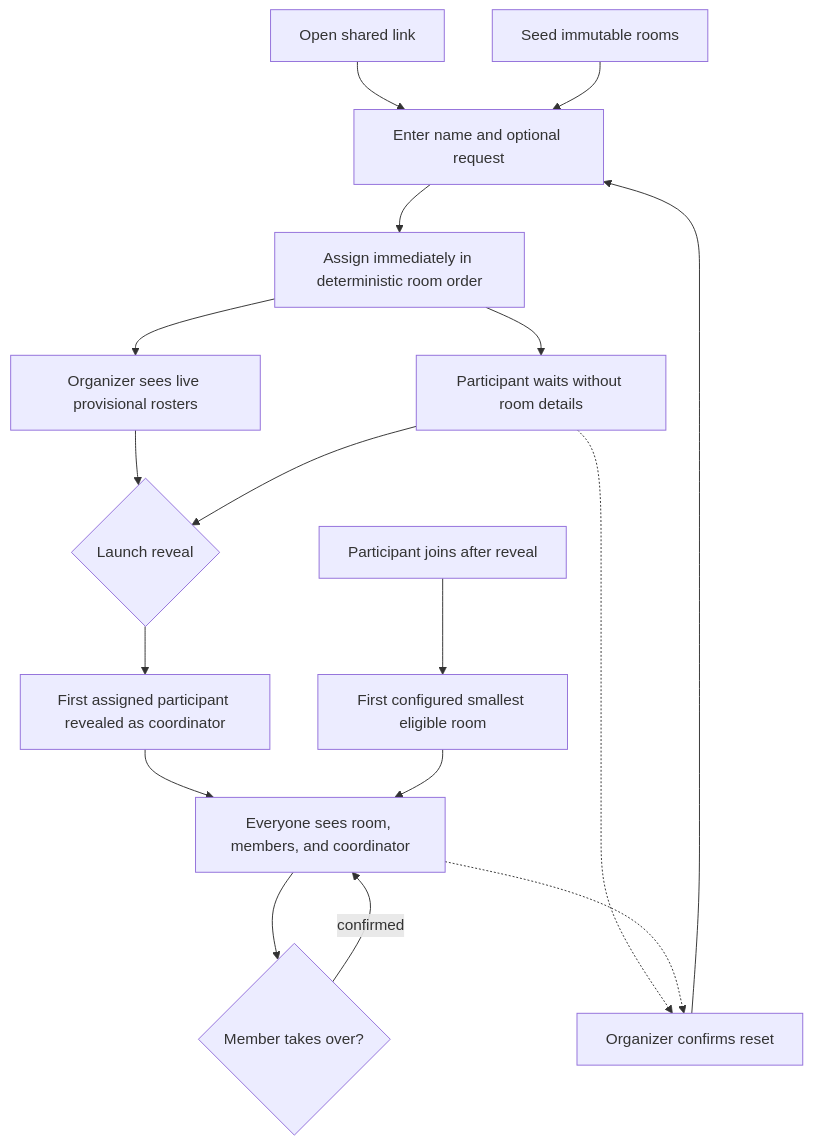
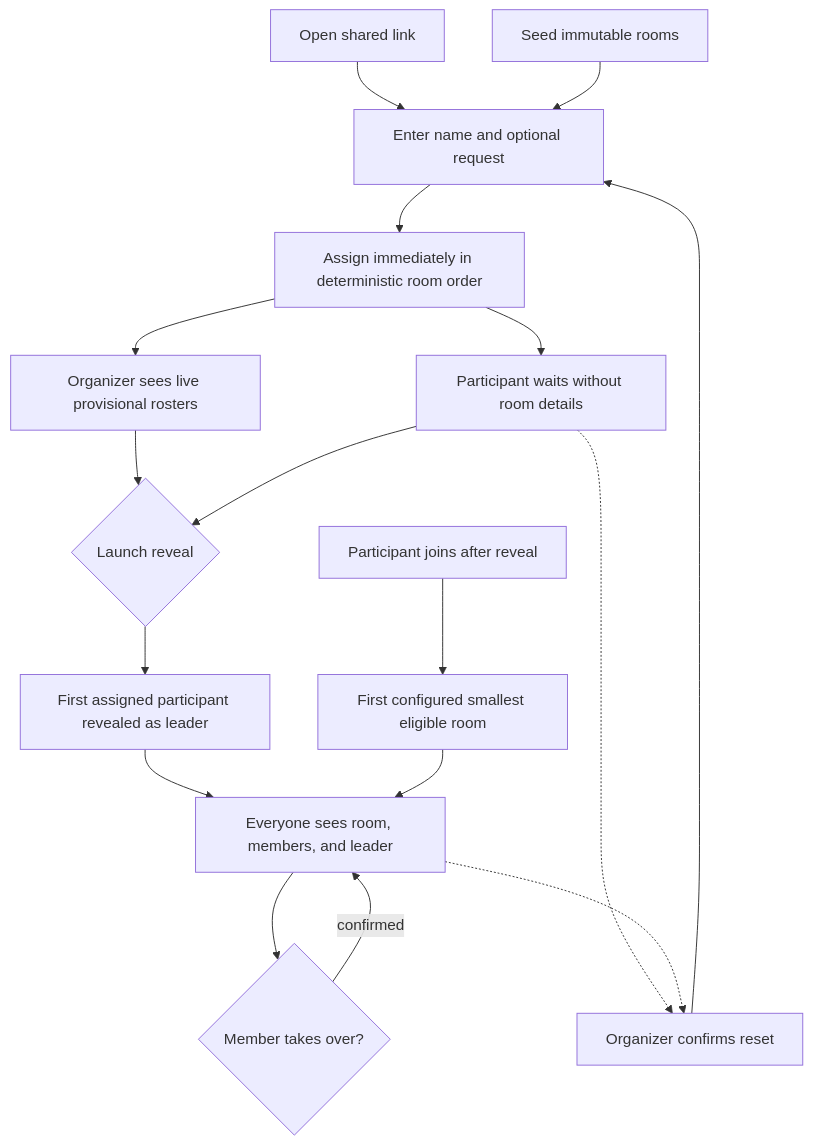
One commit to JesusFilm/dop changed the first of 3 diagrams in docs/plans/2026-07-25-001-feat-participant-room-handoff-plan.md. Above: the diagram before and after it, drawn with Mermaid. The commit also changed other lines of this file and 35 other files, not shown here.

````diff
--- a/docs/plans/2026-07-25-001-feat-participant-room-handoff-plan.md
+++ b/docs/plans/2026-07-25-001-feat-participant-room-handoff-plan.md
@@ -131,19 +131,19 @@
 ```mermaid
 flowchart TB
   Link["Open shared link"] --> Join["Enter name and optional request"]
   Seed["Seed immutable rooms"] --> Join
   Join --> Assign["Assign immediately in deterministic room order"]
   Assign --> Organizer["Organizer sees live provisional rosters"]
   Assign --> Lobby["Participant waits without room details"]
   Organizer --> Launch{"Launch reveal"}
   Lobby --> Launch
   Lobby -.-> Reset
-  Launch --> Coordinator["First assigned participant revealed as coordinator"]
-  Coordinator --> Handoff["Everyone sees room, members, and coordinator"]
+  Launch --> Leader["First assigned participant revealed as leader"]
+  Leader --> Handoff["Everyone sees room, members, and leader"]
   Late["Participant joins after reveal"] --> Eligible["First configured smallest eligible room"]
   Eligible --> Handoff
   Handoff --> Takeover{"Member takes over?"}
   Takeover -->|confirmed| Handoff
   Handoff -.-> Reset
   Reset["Organizer confirms reset"] --> Join
 ```
````
